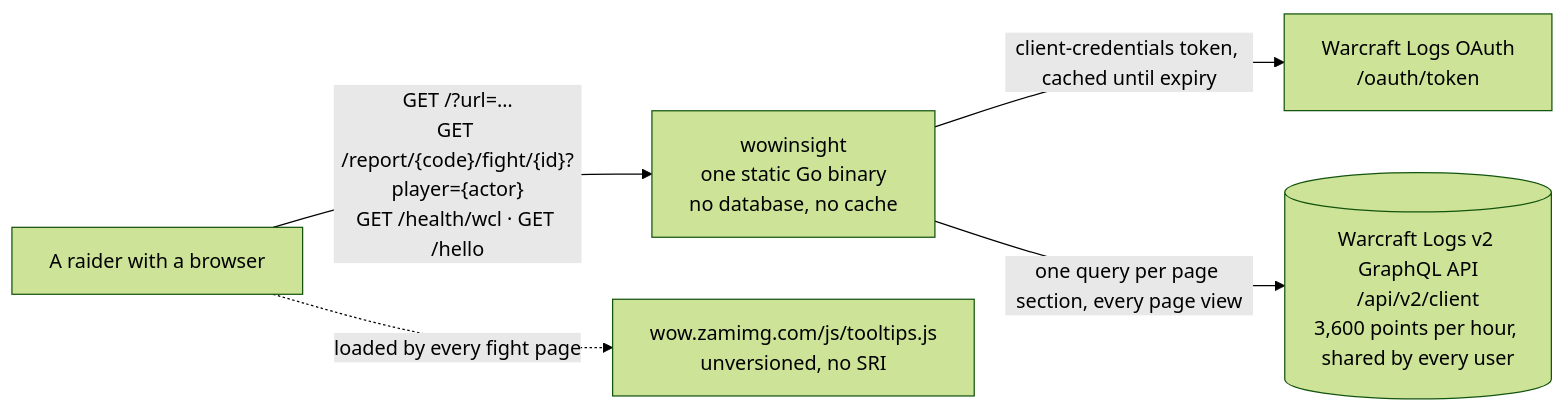
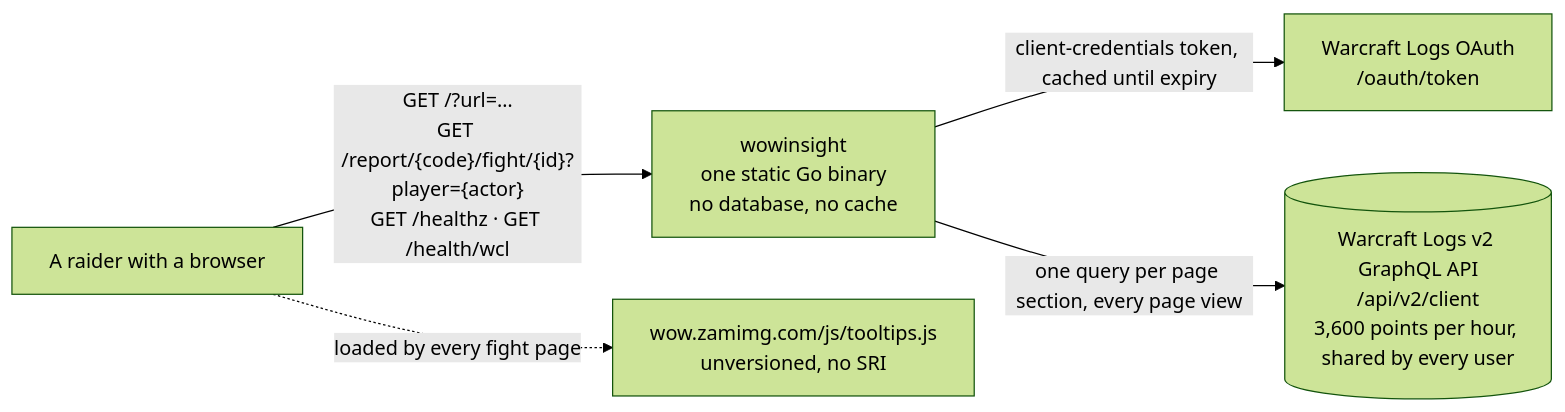
Before and after one commit to Gabriel2048/wow-insights: the first of 3 diagrams in ARCHITECTURE.md, drawn with Mermaid (forest theme). The commit also changed other lines of this file and 15 other files, not shown here.

````diff
--- a/ARCHITECTURE.md
+++ b/ARCHITECTURE.md
@@ -16,13 +16,13 @@
 ```mermaid
 flowchart LR
     user["A raider with a browser"]
     app["wowinsight<br/>one static Go binary<br/>no database, no cache"]
     oauth["Warcraft Logs OAuth<br/>/oauth/token"]
     api[("Warcraft Logs v2 GraphQL API<br/>/api/v2/client<br/>3,600 points per hour, shared by every user")]
     zam["wow.zamimg.com/js/tooltips.js<br/>unversioned, no SRI"]
 
-    user -->|"GET /?url=…<br/>GET /report/{code}/fight/{id}?player={actor}<br/>GET /health/wcl · GET /hello"| app
+    user -->|"GET /?url=…<br/>GET /report/{code}/fight/{id}?player={actor}<br/>GET /healthz · GET /health/wcl"| app
     app -->|"client-credentials token, cached until expiry"| oauth
     app -->|"one query per page section, every page view"| api
     user -.->|"loaded by every fight page"| zam
 ```
````
